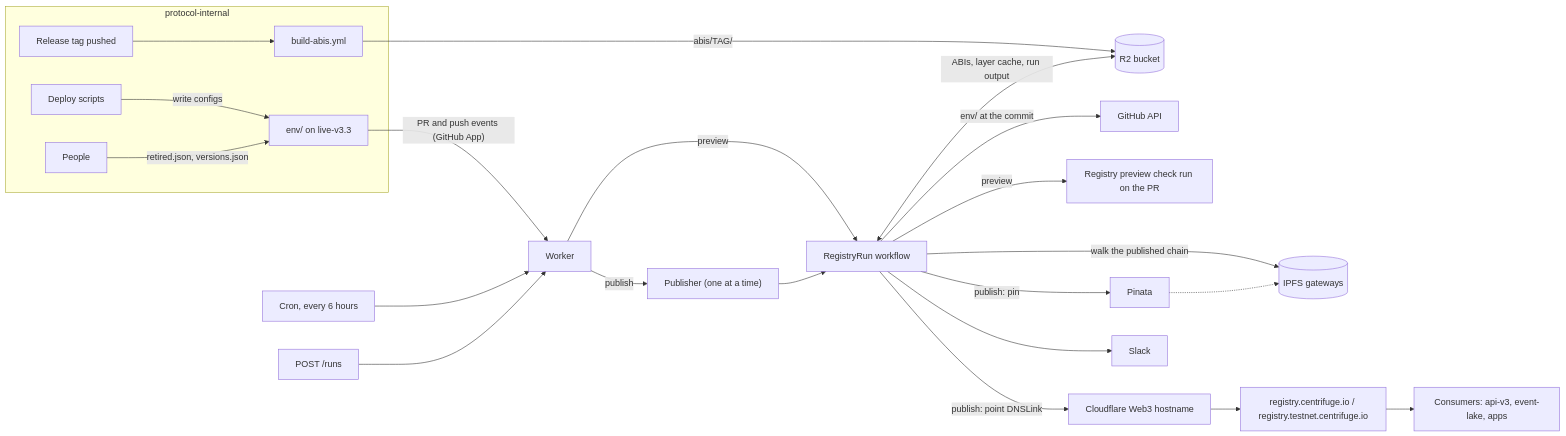
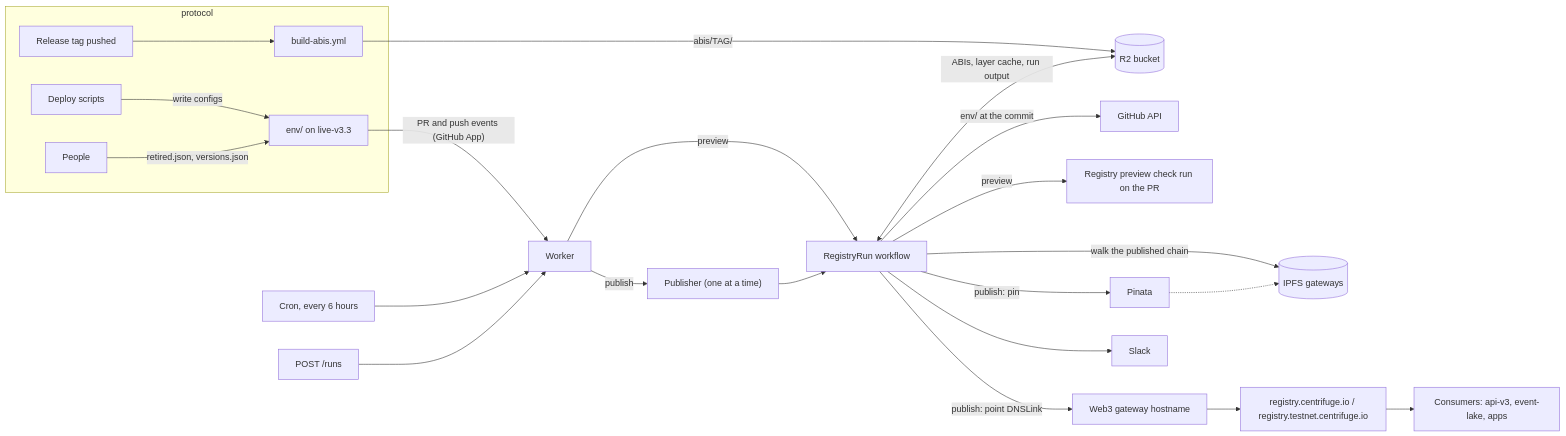
The diagram in docs/how-it-works.md (centrifuge/protocol-registry), drawn with Mermaid before and after one commit. The commit also changed other lines of this file and 21 other files, not shown here.

````diff
--- a/docs/how-it-works.md
+++ b/docs/how-it-works.md
@@ -42,29 +42,29 @@
 ```mermaid
 flowchart LR
-  subgraph PI["protocol-internal"]
+  subgraph PI["protocol"]
     deploy["Deploy scripts"] -->|write configs| env["env/ on live-v3.3"]
     people["People"] -->|retired.json, versions.json| env
     tag["Release tag pushed"] --> build["build-abis.yml"]
   end
 
   build -->|"abis/TAG/"| R2[("R2 bucket")]
   env -->|"PR and push events (GitHub App)"| W["Worker"]
   cron["Cron, every 6 hours"] --> W
   manual["POST /runs"] --> W
 
   W -->|preview| RR["RegistryRun workflow"]
   W -->|publish| P["Publisher (one at a time)"] --> RR
 
   RR -->|"env/ at the commit"| GH["GitHub API"]
   RR <-->|"ABIs, layer cache, run output"| R2
   RR -->|walk the published chain| IPFS[("IPFS gateways")]
 
   RR -->|preview| check["Registry preview check run on the PR"]
   RR -->|"publish: pin"| pinata["Pinata"]
-  RR -->|"publish: point DNSLink"| cf["Cloudflare Web3 hostname"]
+  RR -->|"publish: point DNSLink"| gw["Web3 gateway hostname"]
   RR --> slack["Slack"]
 
-  cf --> host["registry.centrifuge.io / registry.testnet.centrifuge.io"]
+  gw --> host["registry.centrifuge.io / registry.testnet.centrifuge.io"]
   host --> consumers["Consumers: api-v3, event-lake, apps"]
   pinata -.-> IPFS
 ```
````
